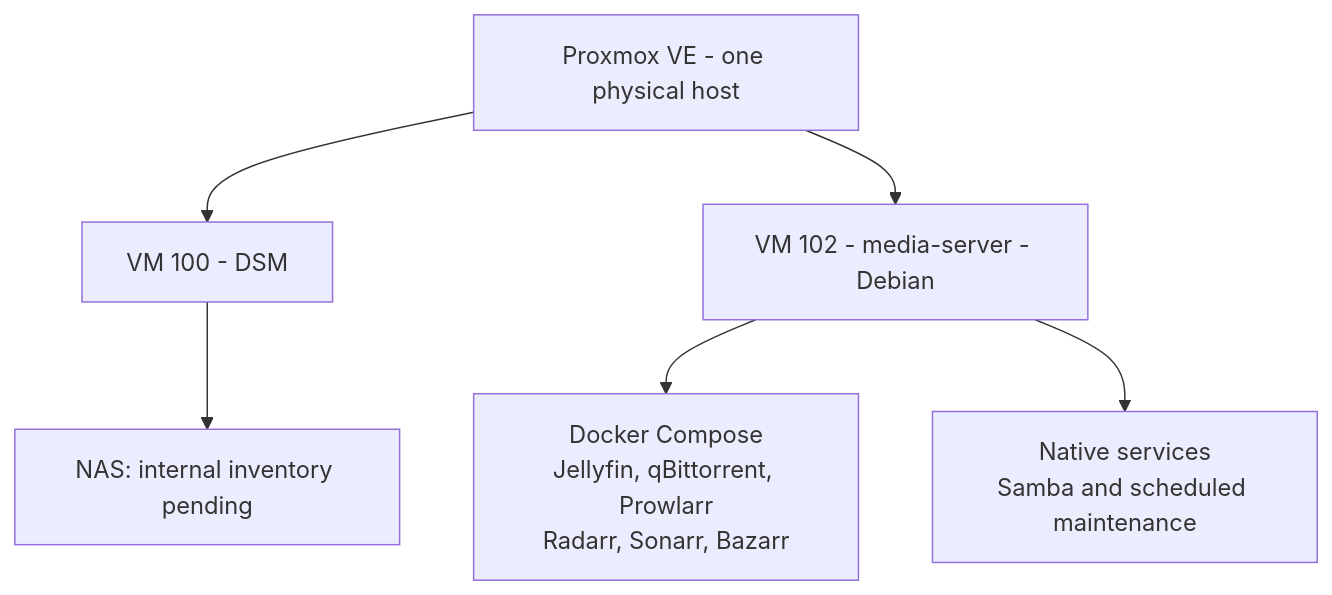
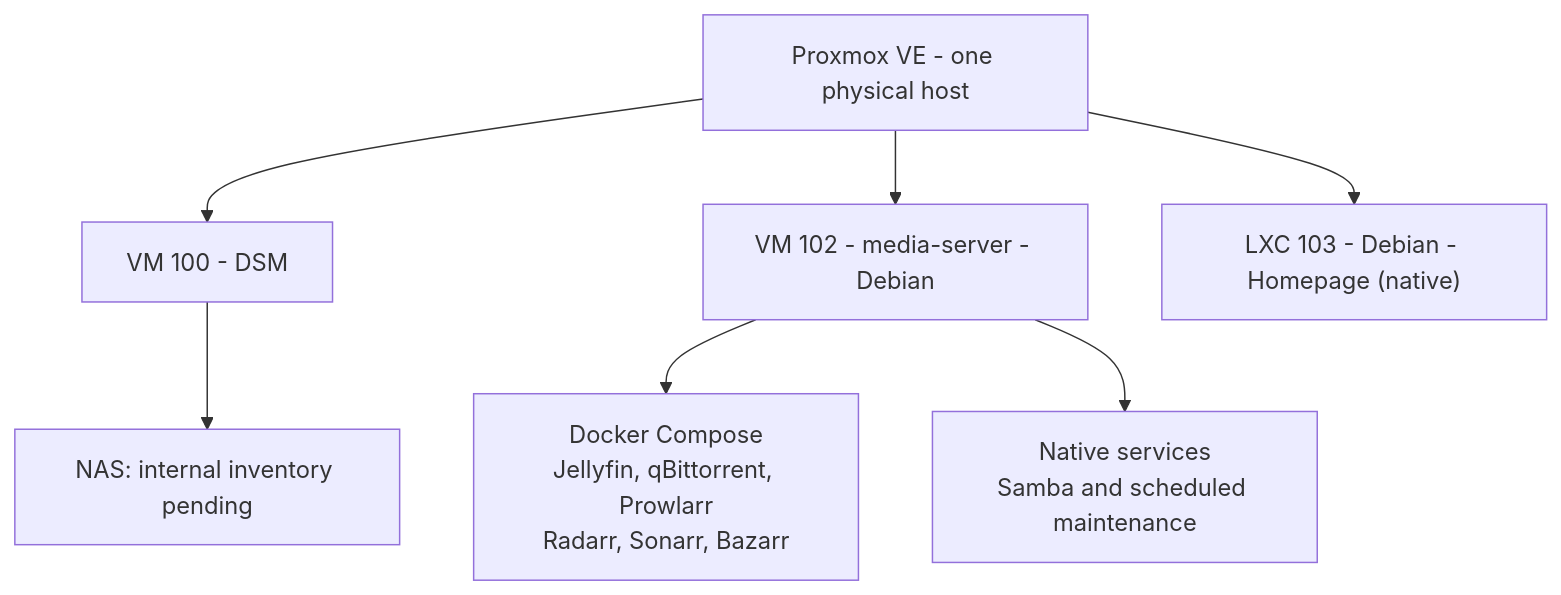
The diagram in README.md (jdfesa/homelab), drawn with Mermaid before and after one commit. The commit also changed other lines of this file and 3 other files, not shown here.

````diff
--- a/README.md
+++ b/README.md
@@ -46,17 +46,19 @@
 ```mermaid
 flowchart TB
     proxmoxHost["Proxmox VE - one physical host"]
     dsmVm["VM 100 - DSM"]
     mediaVm["VM 102 - media-server - Debian"]
+    homepageCt["LXC 103 - Debian - Homepage (native)"]
     dsmScope["NAS: internal inventory pending"]
     mediaContainers["`Docker Compose
 Jellyfin, qBittorrent, Prowlarr
 Radarr, Sonarr, Bazarr`"]
     mediaNative["`Native services
 Samba and scheduled maintenance`"]
     proxmoxHost --> dsmVm
     proxmoxHost --> mediaVm
+    proxmoxHost --> homepageCt
     dsmVm --> dsmScope
     mediaVm --> mediaContainers
     mediaVm --> mediaNative
 ```
````
